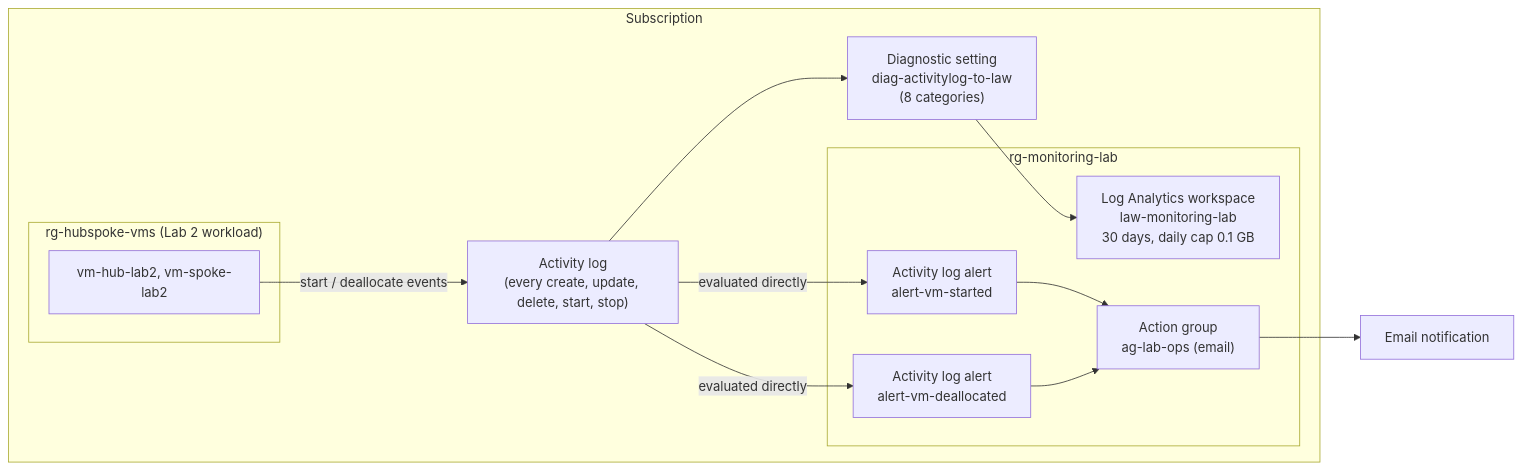
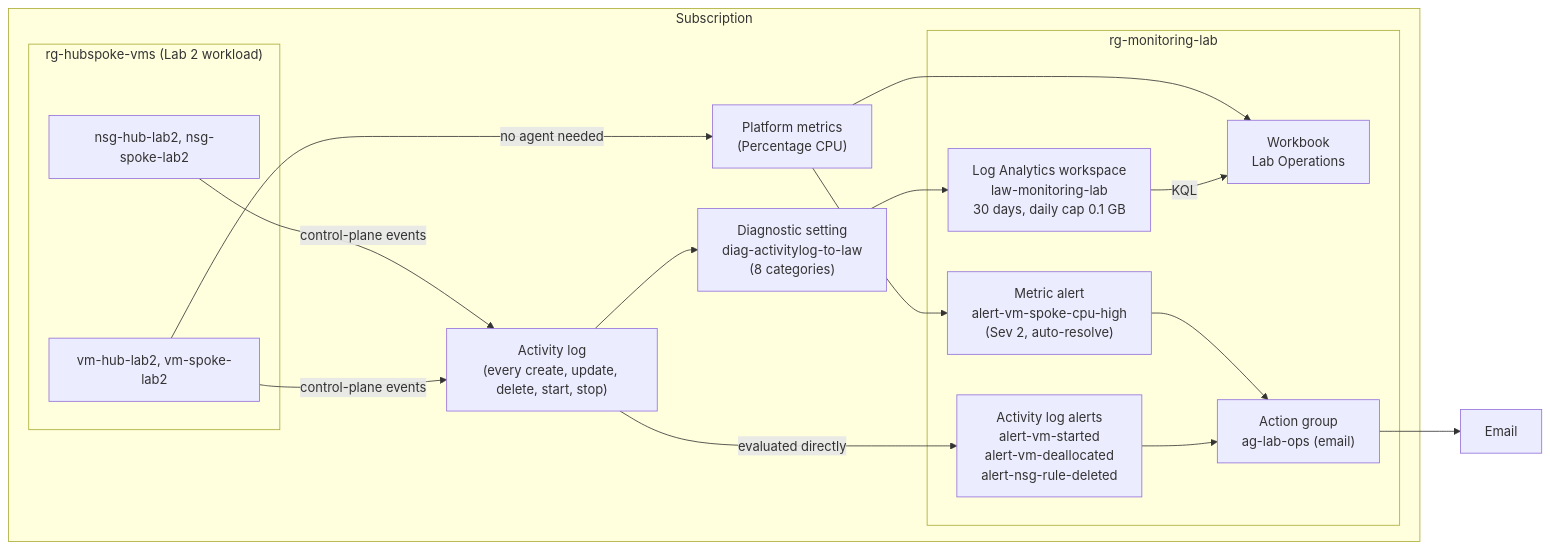
Before and after one commit to ChefBoyRJeff/azure-monitoring-incident-response: the diagram in README.md, drawn with Mermaid. The commit also changed other lines of this file and 4 other files, not shown here.

Commit message:
M6: RCAs for NSG incident and CPU metric alert, README for M1-M6, interview guide

````diff
--- a/README.md
+++ b/README.md
@@ -24,20 +26,27 @@
 ```mermaid
 flowchart LR
   subgraph SUB["Subscription"]
     AL["Activity log<br/>(every create, update, delete, start, stop)"]
     DS["Diagnostic setting<br/>diag-activitylog-to-law<br/>(8 categories)"]
+    subgraph LAB["rg-hubspoke-vms (Lab 2 workload)"]
+      VMS["vm-hub-lab2, vm-spoke-lab2"]
+      NSG["nsg-hub-lab2, nsg-spoke-lab2"]
+    end
     subgraph MON["rg-monitoring-lab"]
       LAW["Log Analytics workspace<br/>law-monitoring-lab<br/>30 days, daily cap 0.1 GB"]
-      AR1["Activity log alert<br/>alert-vm-started"]
-      AR2["Activity log alert<br/>alert-vm-deallocated"]
+      AR["Activity log alerts<br/>alert-vm-started<br/>alert-vm-deallocated<br/>alert-nsg-rule-deleted"]
+      MA["Metric alert<br/>alert-vm-spoke-cpu-high<br/>(Sev 2, auto-resolve)"]
+      WB["Workbook<br/>Lab Operations"]
       AG["Action group<br/>ag-lab-ops (email)"]
     end
-    subgraph LAB["rg-hubspoke-vms (Lab 2 workload)"]
-      VMS["vm-hub-lab2, vm-spoke-lab2"]
-    end
+    MET["Platform metrics<br/>(Percentage CPU)"]
   end
-  VMS -- "start / deallocate events" --> AL
+  VMS & NSG -- "control-plane events" --> AL
+  VMS -- "no agent needed" --> MET
   AL --> DS --> LAW
-  AL -- "evaluated directly" --> AR1 & AR2
-  AR1 & AR2 --> AG --> EMAIL["Email notification"]
+  AL -- "evaluated directly" --> AR
+  MET --> MA
+  AR & MA --> AG --> EMAIL["Email"]
+  LAW -- "KQL" --> WB
+  MET --> WB
 ```
````
